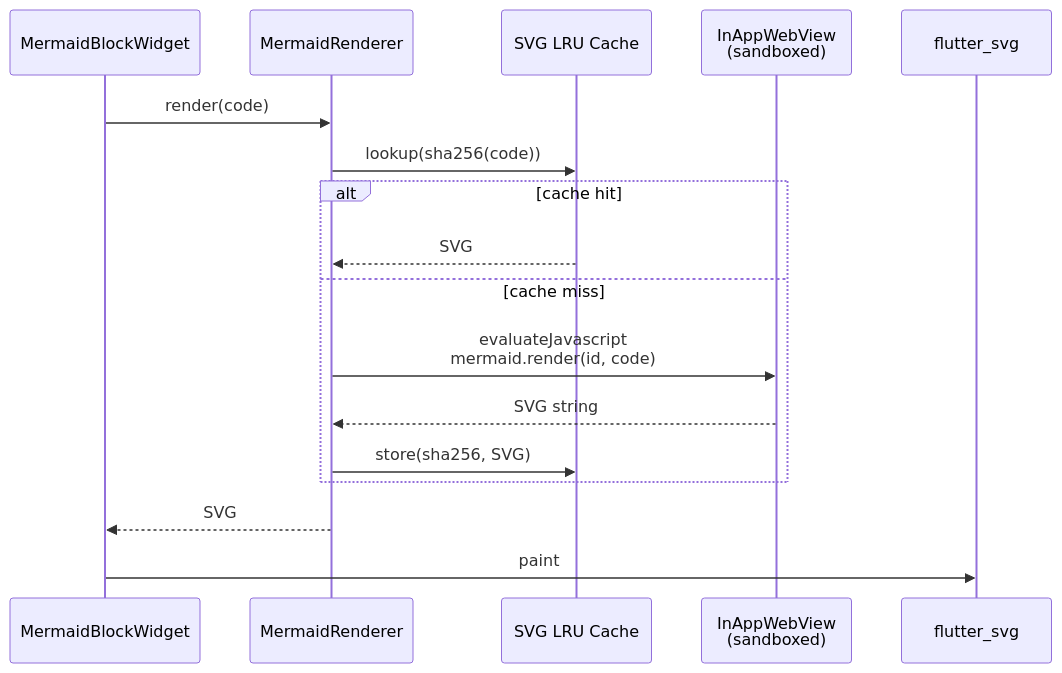
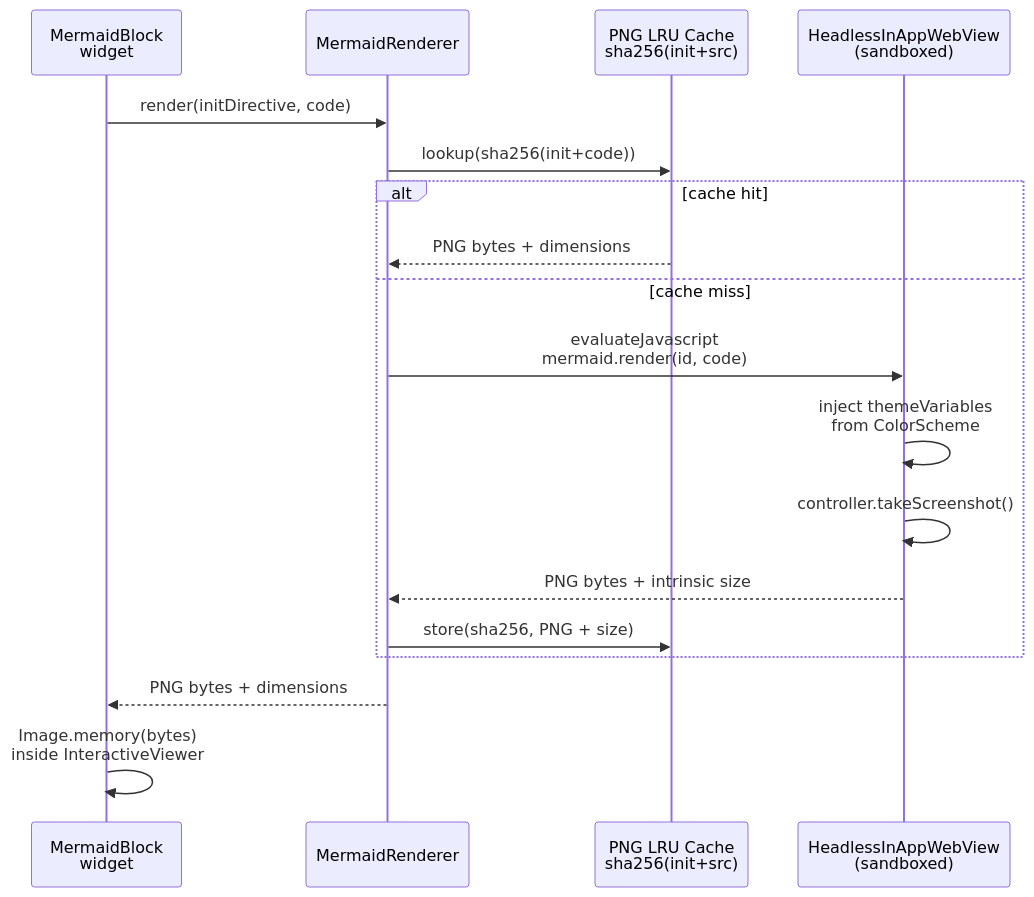
Before and after one commit to cemililik/markdown-viewer-mobile: the second of 2 diagrams in docs/rendering-pipeline.md, drawn with Mermaid. The commit also changed other lines of this file and 4 other files, not shown here.

````diff
--- a/docs/rendering-pipeline.md
+++ b/docs/rendering-pipeline.md
@@ -66,20 +72,21 @@
 ```mermaid
 sequenceDiagram
-    participant W as MermaidBlockWidget
+    participant W as MermaidBlock<br/>widget
     participant R as MermaidRenderer
-    participant C as SVG LRU Cache
-    participant V as InAppWebView<br/>(sandboxed)
-    participant S as flutter_svg
+    participant C as PNG LRU Cache<br/>sha256(init+src)
+    participant V as HeadlessInAppWebView<br/>(sandboxed)
 
-    W->>R: render(code)
-    R->>C: lookup(sha256(code))
+    W->>R: render(initDirective, code)
+    R->>C: lookup(sha256(init+code))
     alt cache hit
-        C-->>R: SVG
+        C-->>R: PNG bytes + dimensions
     else cache miss
         R->>V: evaluateJavascript<br/>mermaid.render(id, code)
-        V-->>R: SVG string
-        R->>C: store(sha256, SVG)
+        V->>V: inject themeVariables<br/>from ColorScheme
+        V->>V: controller.takeScreenshot()
+        V-->>R: PNG bytes + intrinsic size
+        R->>C: store(sha256, PNG + size)
     end
-    R-->>W: SVG
-    W->>S: paint
+    R-->>W: PNG bytes + dimensions
+    W->>W: Image.memory(bytes)<br/>inside InteractiveViewer
 ```
````
